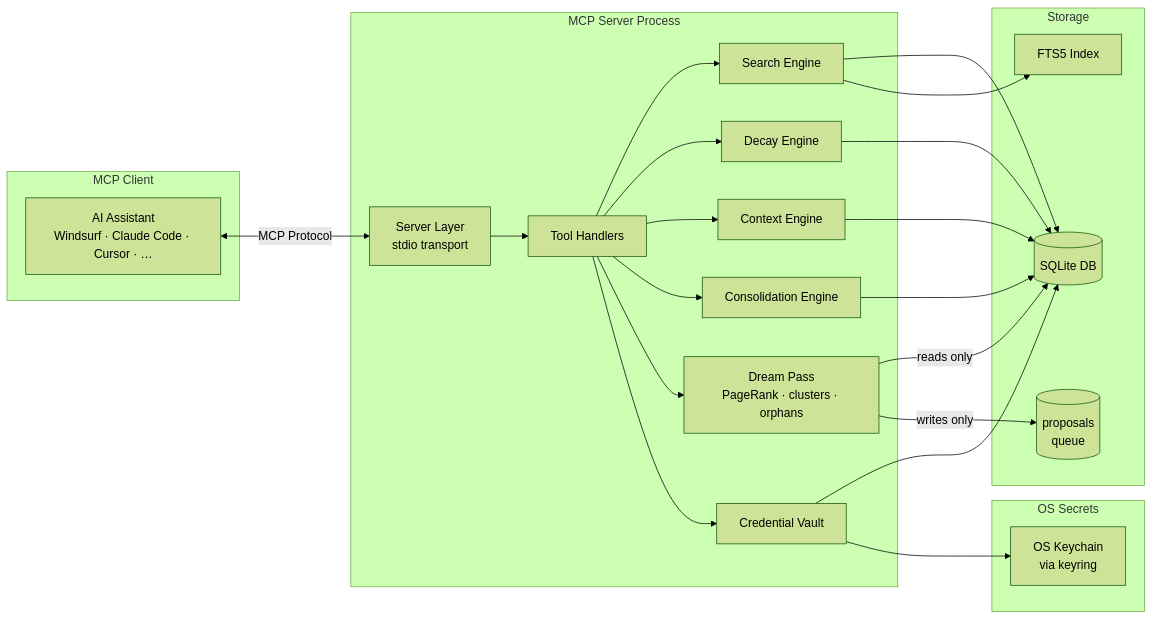
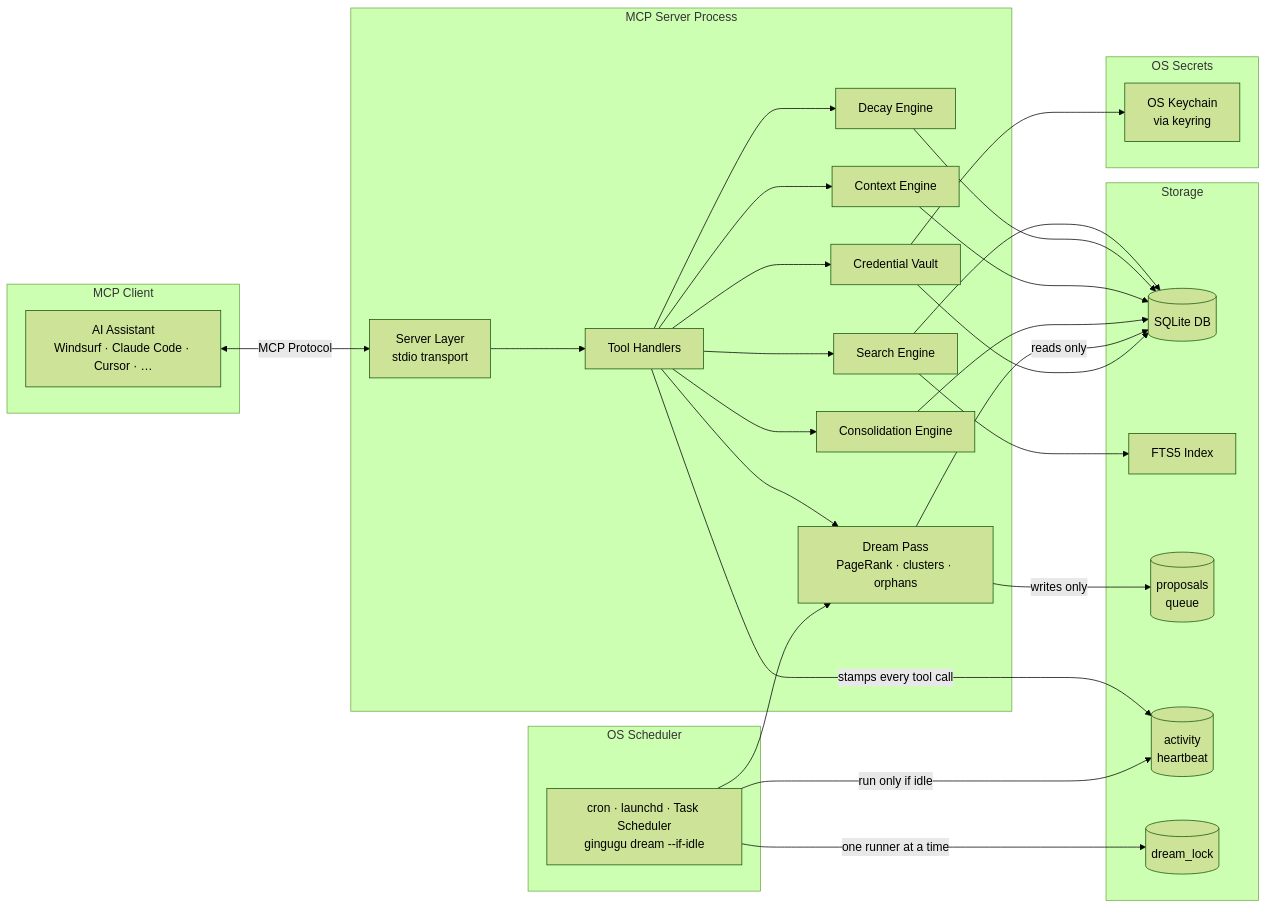
The diagram in docs/architecture.md (gingugu/gingugu), drawn with Mermaid (forest theme) before and after one commit. The commit also changed other lines of this file and 22 other files, not shown here.

````diff
--- a/docs/architecture.md
+++ b/docs/architecture.md
@@ -11,45 +11,55 @@
 ```mermaid
 graph LR
     subgraph MCP Client
         A[AI Assistant<br/>Windsurf · Claude Code · Cursor · …]
     end
 
     subgraph MCP Server Process
         B[Server Layer<br/>stdio transport]
         C[Tool Handlers]
         D[Search Engine]
         E[Decay Engine]
         F[Context Engine]
         G[Consolidation Engine]
         L[Dream Pass<br/>PageRank · clusters · orphans]
         K[Credential Vault]
     end
 
+    subgraph OS Scheduler
+        S[cron · launchd · Task Scheduler<br/>gingugu dream --if-idle]
+    end
+
     subgraph Storage
         H[(SQLite DB)]
         I[FTS5 Index]
         P[(proposals<br/>queue)]
+        Q[(activity<br/>heartbeat)]
+        R[(dream_lock)]
     end
 
     subgraph OS Secrets
         J[OS Keychain<br/>via keyring]
     end
 
     A <-->|MCP Protocol| B
     B --> C
     C --> D
     C --> E
     C --> F
     C --> G
     C --> L
     C --> K
     D --> H
     D --> I
     E --> H
     F --> H
     G --> H
     L -->|reads only| H
     L -->|writes only| P
     K --> H
     K --> J
+    C -->|stamps every tool call| Q
+    S -->|run only if idle| Q
+    S -->|one runner at a time| R
+    S --> L
 ```
````
